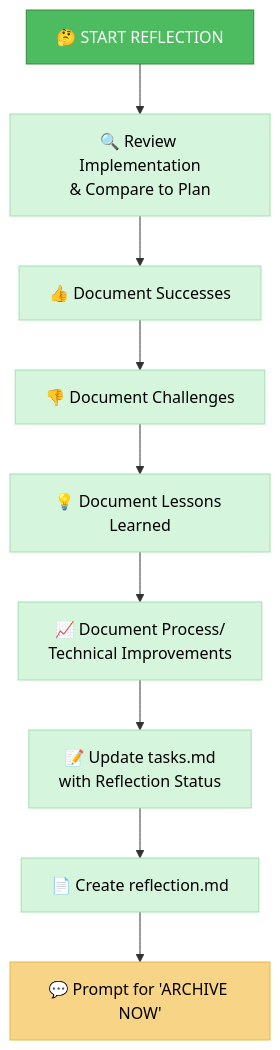
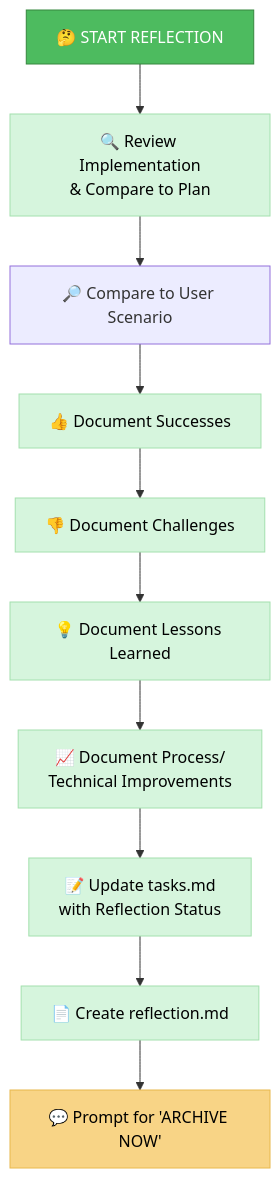
The second of 3 diagrams in .github/prompts/reflect_archive.prompt.md (DennisGrammes/arc42-memory-bank), drawn with Mermaid before and after one commit. The commit also changed other lines of this file and 15 other files, not shown here.

````diff
--- a/.github/prompts/reflect_archive.prompt.md
+++ b/.github/prompts/reflect_archive.prompt.md
@@ -119,21 +120,22 @@
 ```mermaid
 graph TD
     ReflectStart["🤔 START REFLECTION"] --> Review["🔍 Review Implementation<br>& Compare to Plan"]
-    Review --> Success["👍 Document Successes"]
+    Review --> ScenarioCompare["🔎 Compare to User Scenario"]
+    ScenarioCompare --> Success["👍 Document Successes"]
     Success --> Challenges["👎 Document Challenges"]
     Challenges --> Lessons["💡 Document Lessons Learned"]
     Lessons --> Improvements["📈 Document Process/<br>Technical Improvements"]
     Improvements --> UpdateTasks["📝 Update tasks.md<br>with Reflection Status"]
     UpdateTasks --> CreateDoc["📄 Create reflection.md"]
     CreateDoc --> Prompt["💬 Prompt for 'ARCHIVE NOW'"]
 
     style ReflectStart fill:#4dbb5f,stroke:#36873f,color:white
     style Review fill:#d6f5dd,stroke:#a3e0ae,color:black
     style Success fill:#d6f5dd,stroke:#a3e0ae,color:black
     style Challenges fill:#d6f5dd,stroke:#a3e0ae,color:black
     style Lessons fill:#d6f5dd,stroke:#a3e0ae,color:black
     style Improvements fill:#d6f5dd,stroke:#a3e0ae,color:black
     style UpdateTasks fill:#d6f5dd,stroke:#a3e0ae,color:black
     style CreateDoc fill:#d6f5dd,stroke:#a3e0ae,color:black
     style Prompt fill:#f8d486,stroke:#e8b84d,color:black
 ```
````
